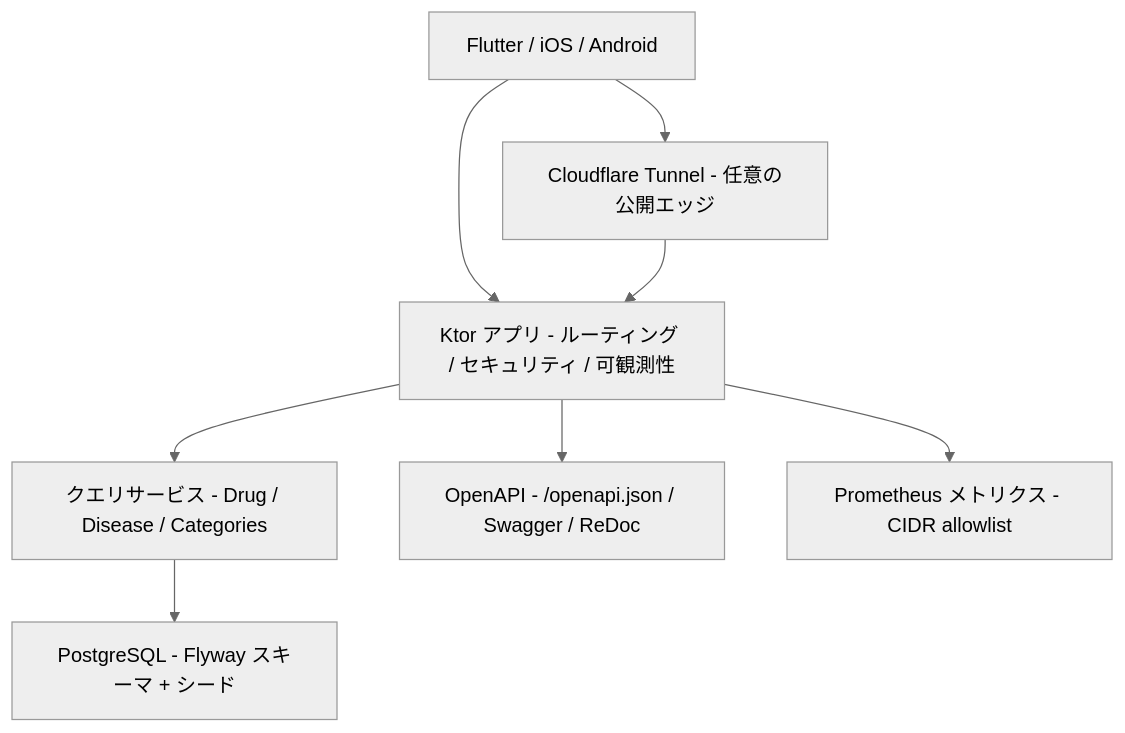
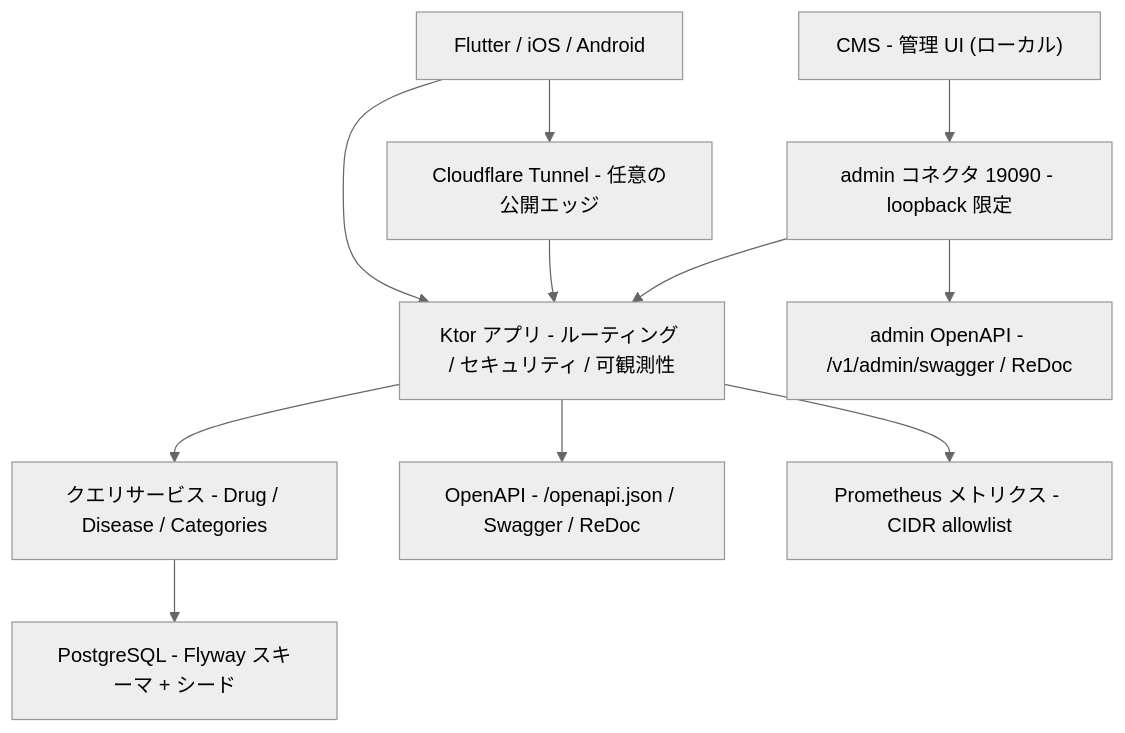
The diagram in README.md (Corvus400/fictional-drug-and-disease-ref-backend-kotlin), drawn with Mermaid (neutral theme) before and after one commit. The commit also changed other lines of this file, not shown here.

First line of the commit message:
docs: add CMS integration and live-docs sections to README

````diff
--- a/README.md
+++ b/README.md
@@ -60,17 +74,23 @@
 ```mermaid
 graph TD
   CLIENT["Flutter / iOS / Android"]
+  CMS["CMS - 管理 UI (ローカル)"]
   TUNNEL["Cloudflare Tunnel - 任意の公開エッジ"]
   APP["Ktor アプリ - ルーティング / セキュリティ / 可観測性"]
+  ADMIN["admin コネクタ 19090 - loopback 限定"]
   SERVICE["クエリサービス - Drug / Disease / Categories"]
   DB["PostgreSQL - Flyway スキーマ + シード"]
   OPENAPI["OpenAPI - /openapi.json / Swagger / ReDoc"]
+  ADMINAPI["admin OpenAPI - /v1/admin/swagger / ReDoc"]
   METRICS["Prometheus メトリクス - CIDR allowlist"]
   CLIENT --> TUNNEL
   CLIENT --> APP
   TUNNEL --> APP
+  CMS --> ADMIN
+  ADMIN --> APP
   APP --> SERVICE
   SERVICE --> DB
   APP --> OPENAPI
+  ADMIN --> ADMINAPI
   APP --> METRICS
 ```
````
